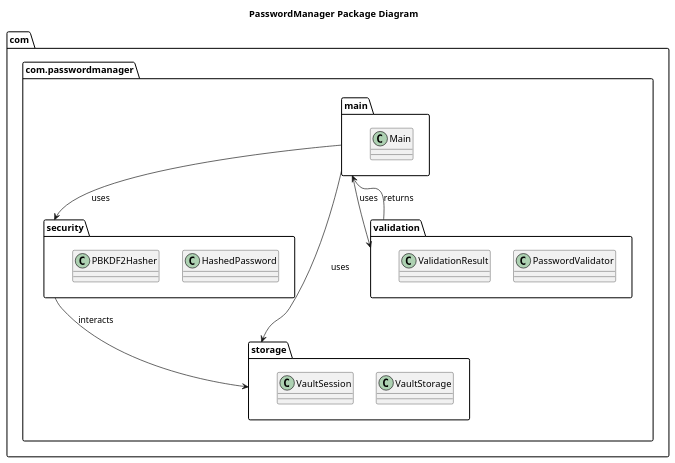
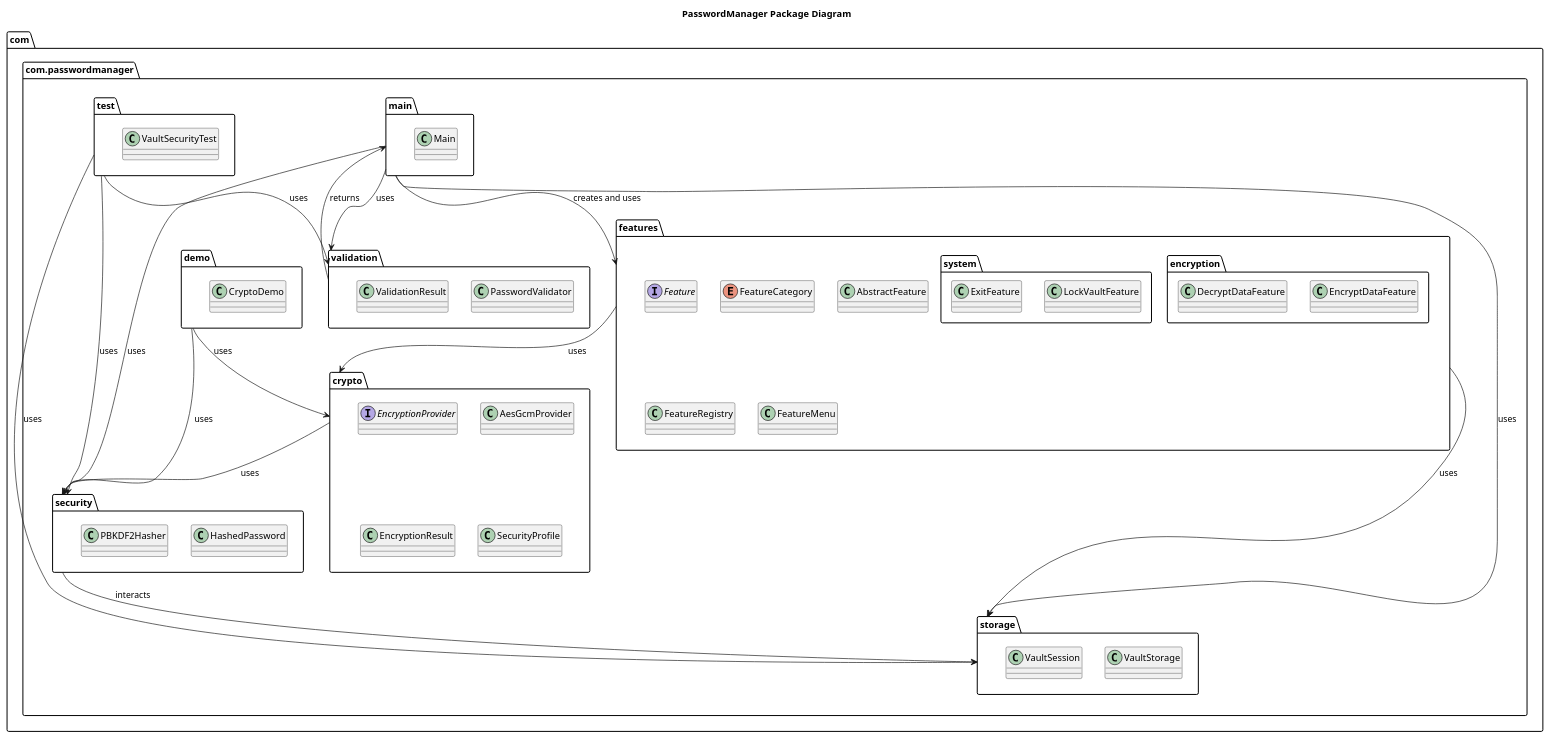
The diagram in documentation/UML diagrams/Package diagram.plantuml (Othmaneelmo/PasswordManager), drawn with PlantUML before and after one commit.

Commit message:
update package diagram

```diff
--- a/documentation/UML diagrams/Package diagram.plantuml
+++ b/documentation/UML diagrams/Package diagram.plantuml
@@ -1,32 +1,77 @@
 @startuml Package Diagram
 
 title PasswordManager Package Diagram
 
 package "com.passwordmanager" as com.passwordmanager {
   package "main" as main {
     class Main
   }
 
   package "security" as security {
     class HashedPassword
     class PBKDF2Hasher
   }
 
   package "storage" as storage {
     class VaultStorage
     class VaultSession
   }
 
   package "validation" as validation {
     class PasswordValidator
     class ValidationResult
   }
+
+  package "crypto" as crypto {
+    interface EncryptionProvider
+    class AesGcmProvider
+    class EncryptionResult
+    class SecurityProfile
+  }
+
+  package "demo" as demo {
+    class CryptoDemo
+  }
+
+  package "features" as features {
+    interface Feature
+    enum FeatureCategory
+    class AbstractFeature
+    class FeatureRegistry
+    class FeatureMenu
+    package "encryption" as encryption {
+      class EncryptDataFeature
+      class DecryptDataFeature
+    }
+    package "system" as system {
+      class LockVaultFeature
+      class ExitFeature
+    }
+  }
+
+  package "test" as test {
+    class VaultSecurityTest
+  }
 }
 
+main --> features : creates and uses
 main --> security : uses
 main --> storage : uses
 main --> validation : uses
+
+features --> storage : uses
+features --> crypto : uses
+
+crypto --> security : uses
+
+demo --> crypto : uses
+demo --> security : uses
+
+test --> security : uses
+test --> storage : uses
+test --> validation : uses
+
 security --> storage : interacts
 validation --> main : returns
 
 @enduml
```
